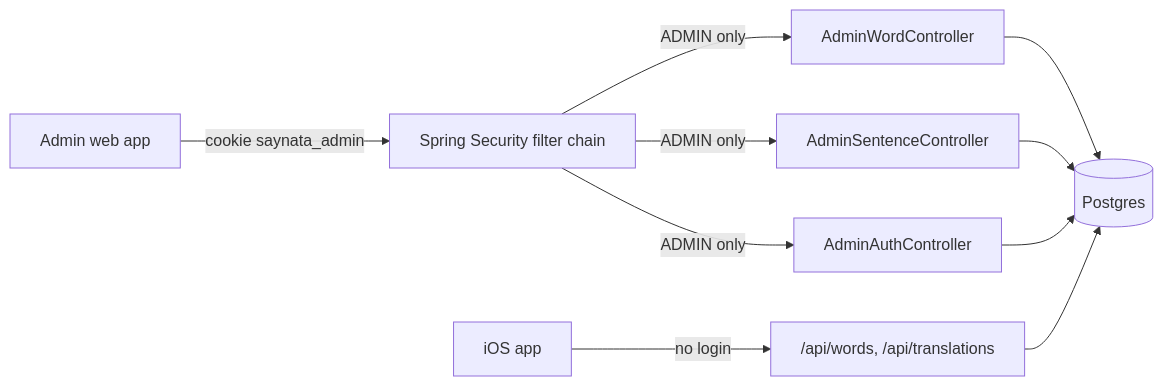
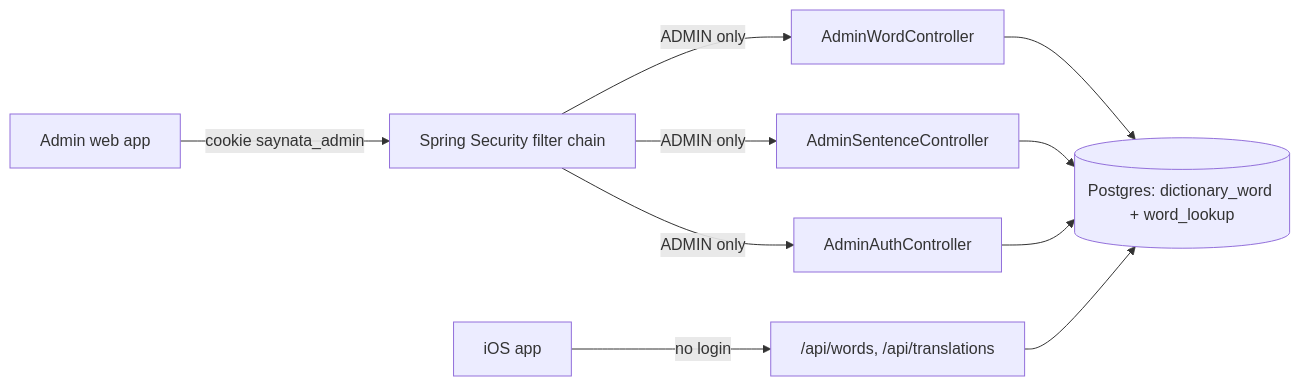
The first of 2 diagrams in backlog/docs/features/doc-13 - Admin-API.md (tranphuocloc070699/saynata), drawn with Mermaid before and after one commit. The commit also changed other lines of this file and 35 other files, not shown here.

First line of the commit message:
TASK-49.3: bundled dictionary and media rows in Postgres; pipeline imports and exports from it

````diff
--- a/backlog/docs/features/doc-13 - Admin-API.md
+++ b/backlog/docs/features/doc-13 - Admin-API.md
@@ -19,12 +19,12 @@
 ```mermaid
 flowchart LR
     WEB[Admin web app] -->|"cookie saynata_admin"| SEC[Spring Security filter chain]
     SEC -->|ADMIN only| AUTH[AdminAuthController]
     SEC -->|ADMIN only| WORDS[AdminWordController]
     SEC -->|ADMIN only| SENT[AdminSentenceController]
-    WORDS --> PG[(Postgres)]
+    WORDS --> PG[(Postgres: dictionary_word + word_lookup)]
     SENT --> PG
     AUTH --> PG
     APP[iOS app] -->|no login| PUB["/api/words, /api/translations"]
     PUB --> PG
 ```
````
